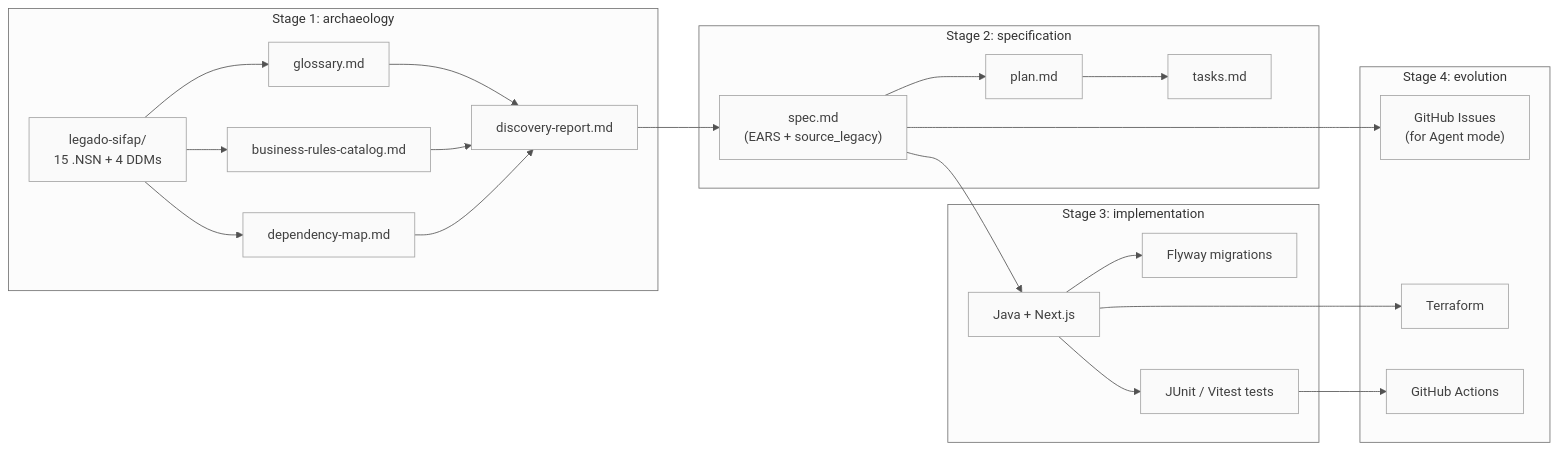
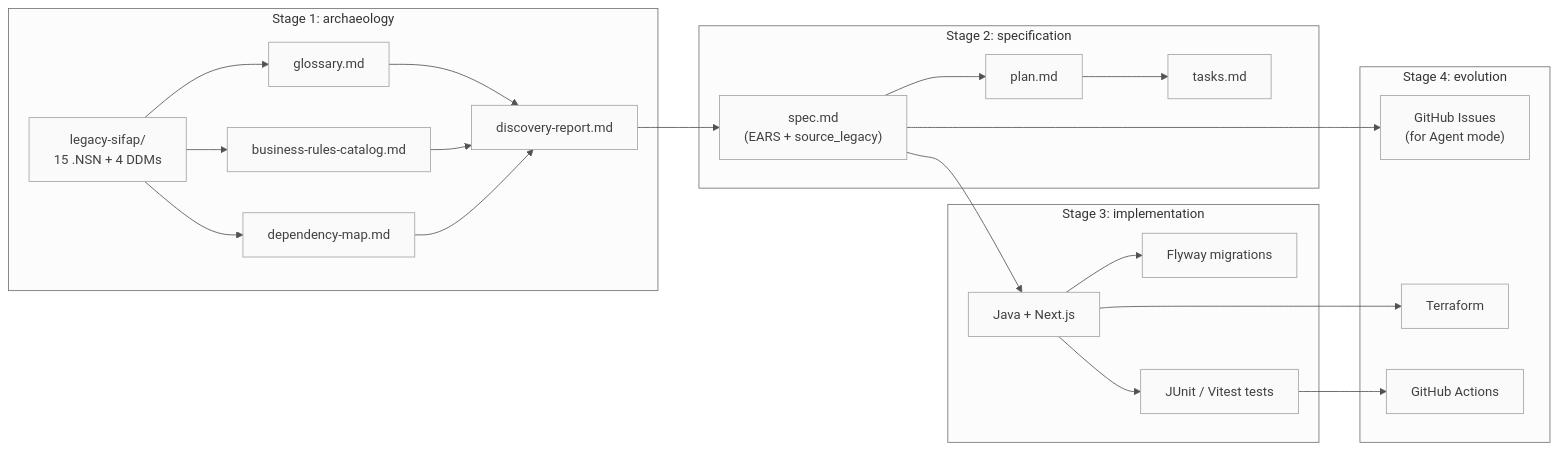
Before and after one commit to paulasilvatech/datacorp-mm-team-kit: the second of 2 diagrams in 00-SITEMAP.md, drawn with Mermaid. The commit also changed other lines of this file and 333 other files, not shown here.

````diff
--- a/00-SITEMAP.md
+++ b/00-SITEMAP.md
@@ -77,43 +75,43 @@
 ```mermaid
 %%{init: {'theme':'neutral','themeVariables':{'fontFamily':'ui-sans-serif, system-ui, sans-serif','primaryColor':'#F5F5F5','primaryTextColor':'#171717','primaryBorderColor':'#171717','lineColor':'#525252','secondaryColor':'#FFFFFF','tertiaryColor':'#FAFAFA','background':'#FFFFFF'}}}%%
 flowchart LR
     classDef step fill:#F5F5F5,stroke:#171717,color:#171717
     classDef artifact fill:#FAFAFA,stroke:#A3A3A3,color:#404040
     classDef result fill:#FFFFFF,stroke:#171717,color:#171717,stroke-width:2px
 
     subgraph E1["Stage 1: archaeology"]
-        LEGACY["legado-sifap/<br/>15 .NSN + 4 DDMs"]:::artifact
+        LEGACY["legacy-sifap/<br/>15 .NSN + 4 DDMs"]:::artifact
         GLOSS["glossary.md"]:::artifact
         BR["business-rules-catalog.md"]:::artifact
         DEPS["dependency-map.md"]:::artifact
         REPORT["discovery-report.md"]:::artifact
     end
 
     subgraph E2["Stage 2: specification"]
         SPEC["spec.md<br/>(EARS + source_legacy)"]:::artifact
         PLAN["plan.md"]:::artifact
         TASKS["tasks.md"]:::artifact
     end
 
     subgraph E3["Stage 3: implementation"]
         CODE["Java + Next.js"]:::artifact
         MIGS["Flyway migrations"]:::artifact
         TESTS["JUnit / Vitest tests"]:::artifact
     end
 
     subgraph E4["Stage 4: evolution"]
         ISSUES["GitHub Issues<br/>(for Agent mode)"]:::artifact
         TF["Terraform"]:::artifact
         CI["GitHub Actions"]:::artifact
     end
 
     LEGACY --> GLOSS & BR & DEPS
     GLOSS & BR & DEPS --> REPORT
     REPORT --> SPEC
     SPEC --> PLAN --> TASKS
     SPEC --> CODE
     CODE --> TESTS & MIGS
     SPEC --> ISSUES
     CODE --> TF
     TESTS --> CI
 ```
````
